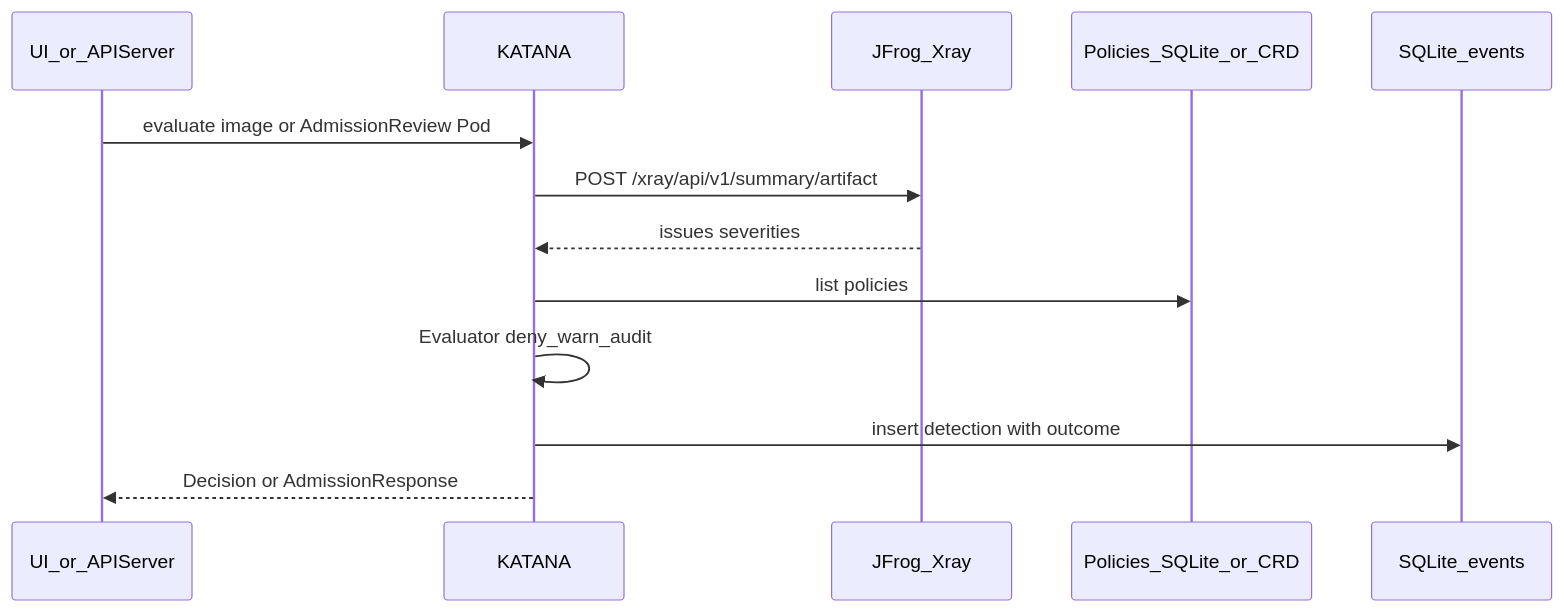
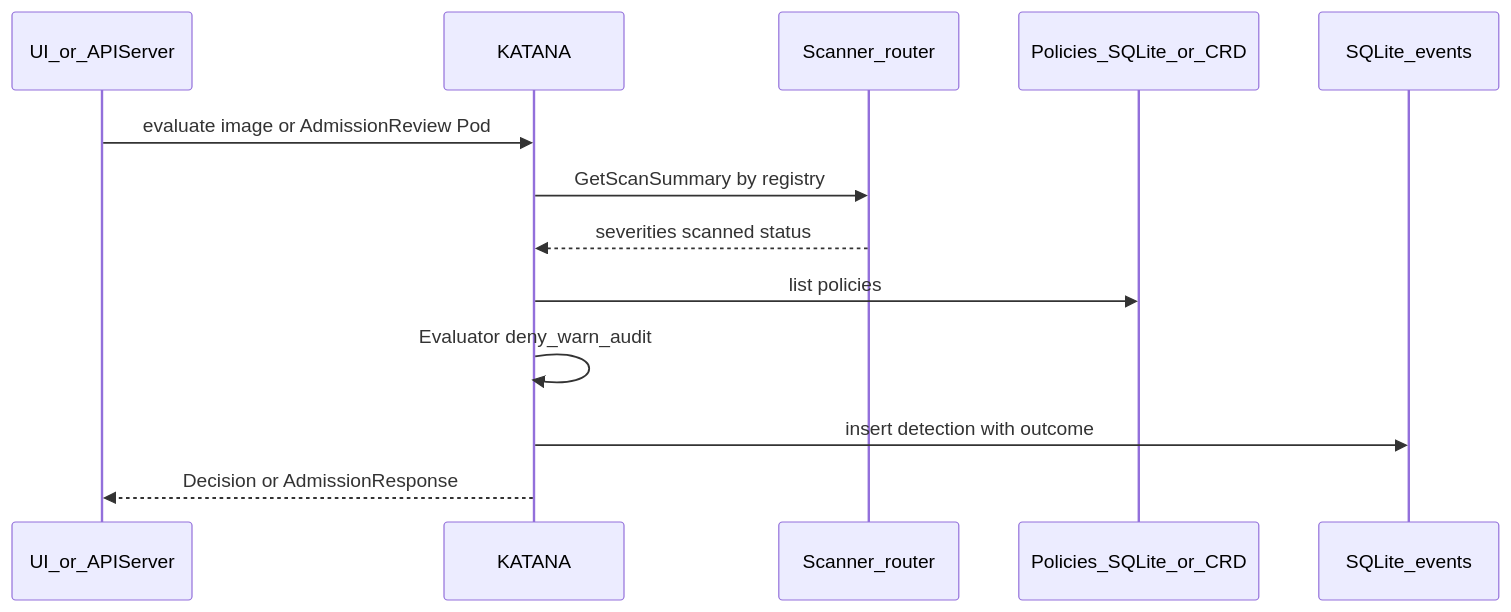
The second of 5 diagrams in README.md (zpol/katana), drawn with Mermaid before and after one commit. The commit also changed other lines of this file and 4 other files, not shown here.

First line of the commit message:
Document multi-scanner support for JFrog Xray and ECR Inspector.

````diff
--- a/README.md
+++ b/README.md
@@ -169,16 +176,16 @@
 ```mermaid
 sequenceDiagram
   participant Caller as UI_or_APIServer
   participant API as KATANA
-  participant XF as JFrog_Xray
+  participant Scan as Scanner_router
   participant Pol as Policies_SQLite_or_CRD
   participant DB as SQLite_events
 
   Caller->>API: evaluate image or AdmissionReview Pod
-  API->>XF: POST /xray/api/v1/summary/artifact
-  XF-->>API: issues severities
+  API->>Scan: GetScanSummary by registry
+  Scan-->>API: severities scanned status
   API->>Pol: list policies
   API->>API: Evaluator deny_warn_audit
   API->>DB: insert detection with outcome
   API-->>Caller: Decision or AdmissionResponse
 ```
````
